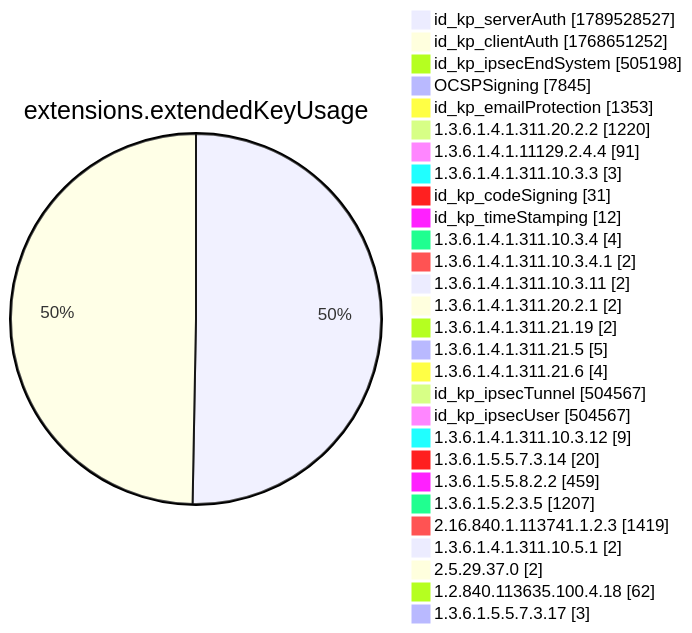
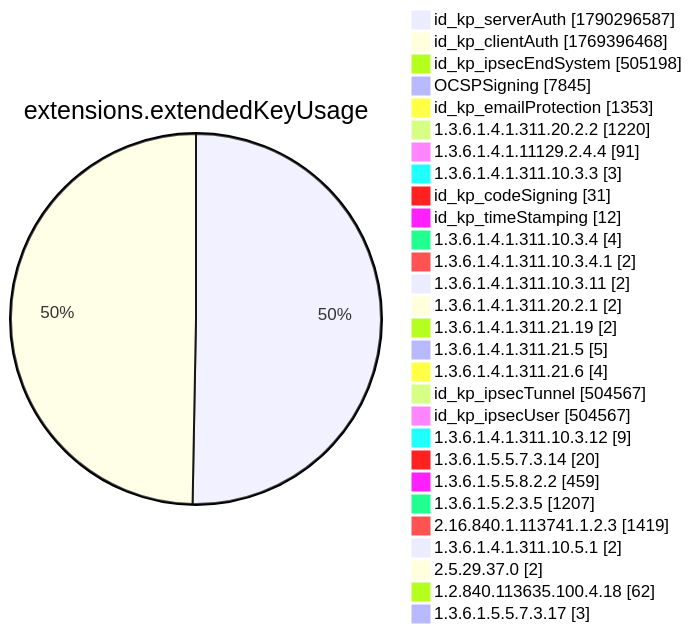
One commit to christiankrug/ctmonitor_visualization changed diagram 12 of 15 in xenon2022/README.md. Above: the diagram before and after it, drawn with Mermaid. The commit also changed other lines of this file, not shown here.

````diff
--- a/xenon2022/README.md
+++ b/xenon2022/README.md
@@ -3894,32 +3895,32 @@
 ```mermaid
 pie showData
 title extensions.extendedKeyUsage
-"id_kp_serverAuth" :1789528527
-"id_kp_clientAuth" :1768651252
+"id_kp_serverAuth" :1790296587
+"id_kp_clientAuth" :1769396468
 "id_kp_ipsecEndSystem" :505198
 "OCSPSigning" :7845
 "id_kp_emailProtection" :1353
 "1.3.6.1.4.1.311.20.2.2" :1220
 "1.3.6.1.4.1.11129.2.4.4" :91
 "1.3.6.1.4.1.311.10.3.3" :3
 "id_kp_codeSigning" :31
 "id_kp_timeStamping" :12
 "1.3.6.1.4.1.311.10.3.4" :4
 "1.3.6.1.4.1.311.10.3.4.1" :2
 "1.3.6.1.4.1.311.10.3.11" :2
 "1.3.6.1.4.1.311.20.2.1" :2
 "1.3.6.1.4.1.311.21.19" :2
 "1.3.6.1.4.1.311.21.5" :5
 "1.3.6.1.4.1.311.21.6" :4
 "id_kp_ipsecTunnel" :504567
 "id_kp_ipsecUser" :504567
 "1.3.6.1.4.1.311.10.3.12" :9
 "1.3.6.1.5.5.7.3.14" :20
 "1.3.6.1.5.5.8.2.2" :459
 "1.3.6.1.5.2.3.5" :1207
 "2.16.840.1.113741.1.2.3" :1419
 "1.3.6.1.4.1.311.10.5.1" :2
 "2.5.29.37.0" :2
 "1.2.840.113635.100.4.18" :62
 "1.3.6.1.5.5.7.3.17" :3
 ```
````
